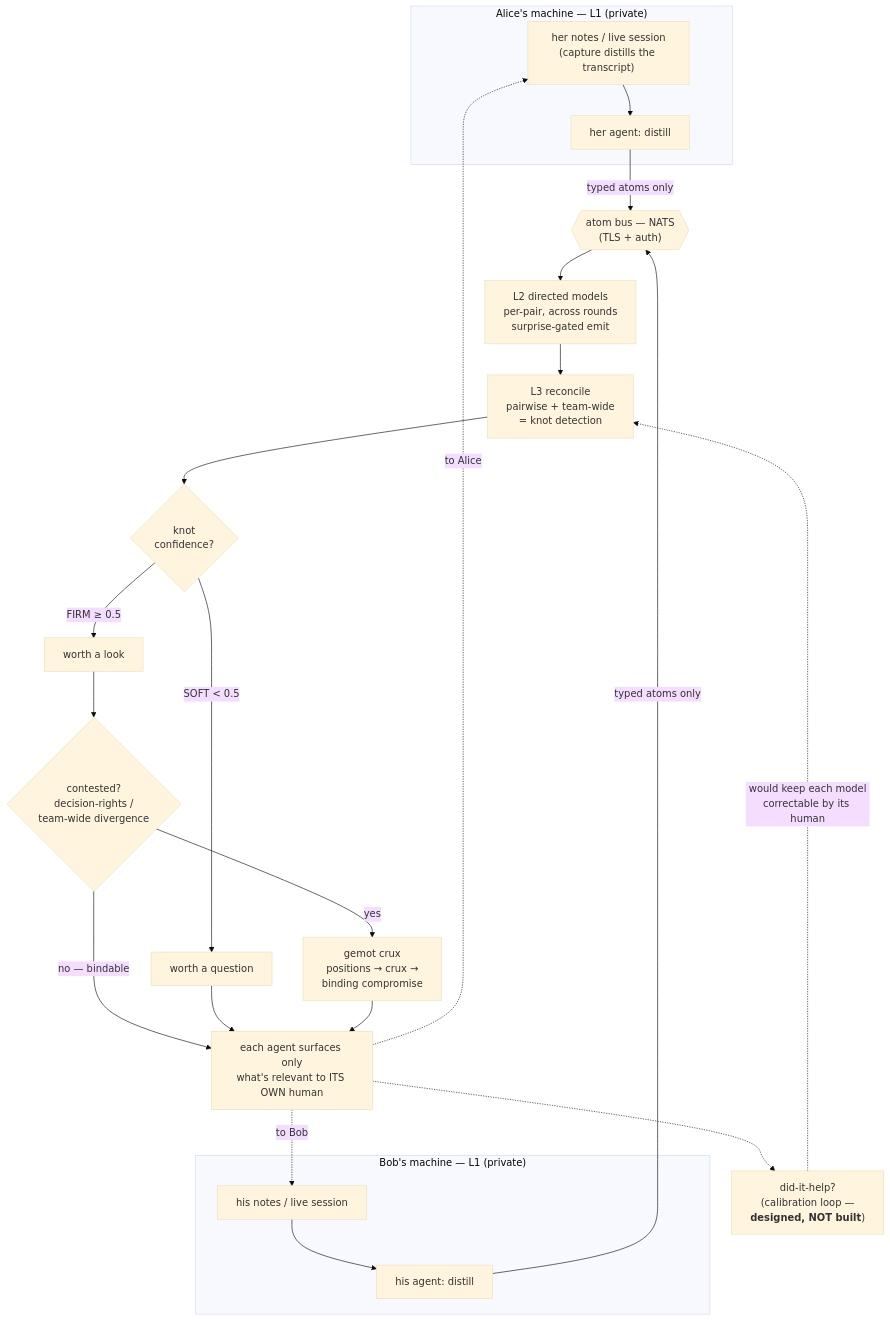
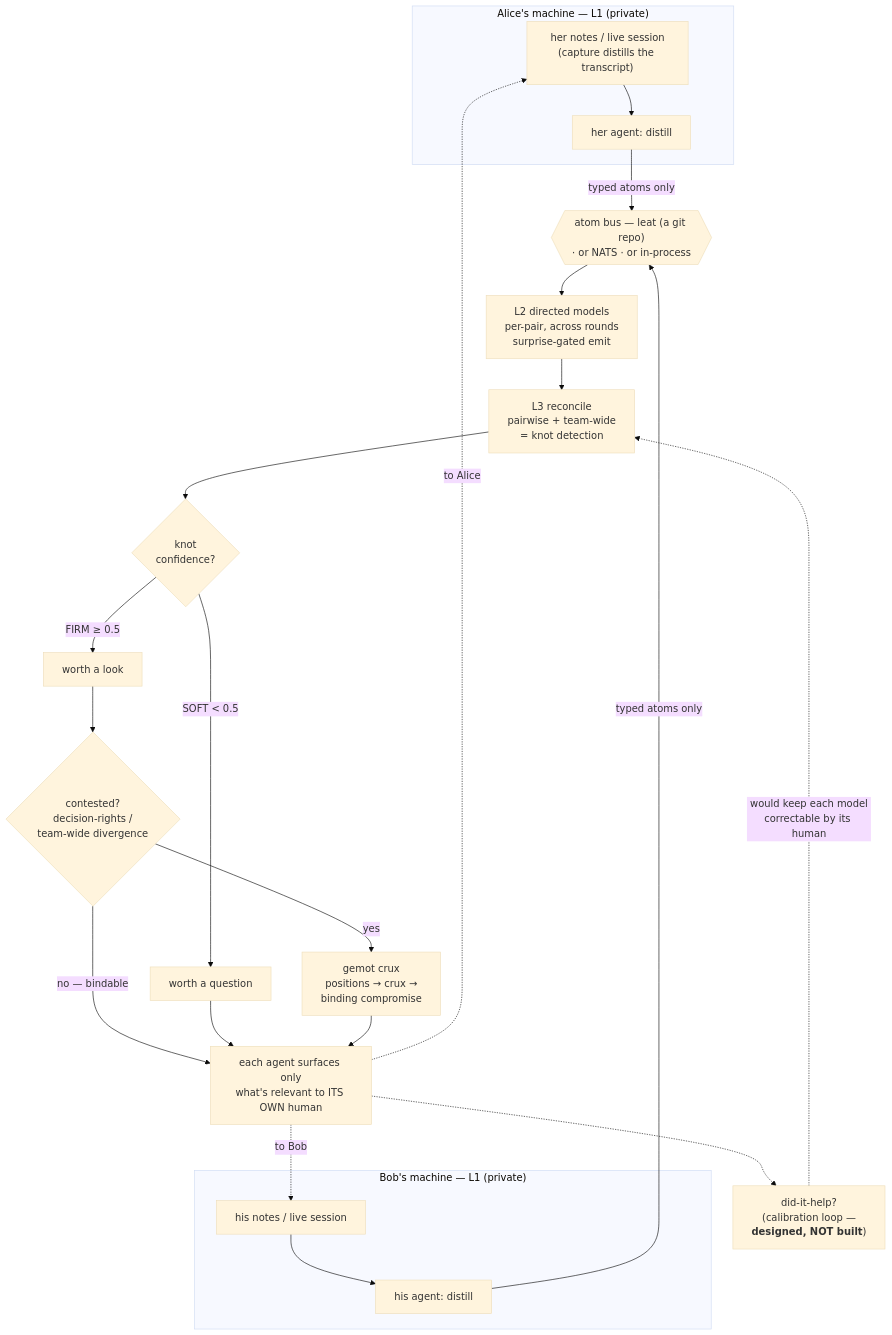
Before and after one commit to justinstimatze/ettle: the first of 2 diagrams in README.md, drawn with Mermaid (base theme). The commit also changed other lines of this file and 2 other files, not shown here.

First line of the commit message:
ettle: README/DEPLOY lead the distributed story with leat

````diff
--- a/README.md
+++ b/README.md
@@ -24,27 +24,27 @@
 ```mermaid
 flowchart TB
     subgraph A["Alice's machine — L1 (private)"]
         AN["her notes / live session<br/>(capture distills the transcript)"] --> AD["her agent: distill"]
     end
     subgraph B["Bob's machine — L1 (private)"]
         BN["his notes / live session"] --> BD["his agent: distill"]
     end
     AD -- "typed atoms only" --> BUS
     BD -- "typed atoms only" --> BUS
-    BUS{{"atom bus — NATS<br/>(TLS + auth)"}}
+    BUS{{"atom bus — leat (a git repo)<br/>· or NATS · or in-process"}}
     BUS --> L2["L2 directed models<br/>per-pair, across rounds<br/>surprise-gated emit"]
     L2 --> RC["L3 reconcile<br/>pairwise + team-wide<br/>= knot detection"]
     RC --> CONF{"knot<br/>confidence?"}
     CONF -- "FIRM &ge; 0.5" --> FIRM["worth a look"]
     CONF -- "SOFT &lt; 0.5" --> SOFT["worth a question"]
     FIRM --> CONTEST{"contested?<br/>decision-rights /<br/>team-wide divergence"}
     CONTEST -- "no — bindable" --> SURF
     CONTEST -- "yes" --> GEMOT["gemot crux<br/>positions &rarr; crux &rarr;<br/>binding compromise"]
     SOFT --> SURF
     GEMOT --> SURF
     SURF["each agent surfaces only<br/>what's relevant to ITS OWN human"]
     SURF -. "to Alice" .-> AN
     SURF -. "to Bob" .-> BN
     SURF -.-> CAL["did-it-help?<br/>(calibration loop —<br/><b>designed, NOT built</b>)"]
     CAL -. "would keep each model<br/>correctable by its human" .-> RC
 ```
````
